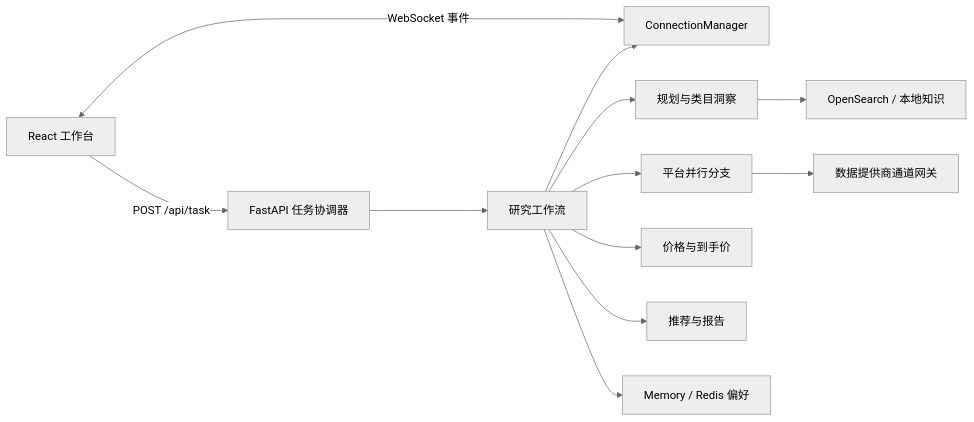
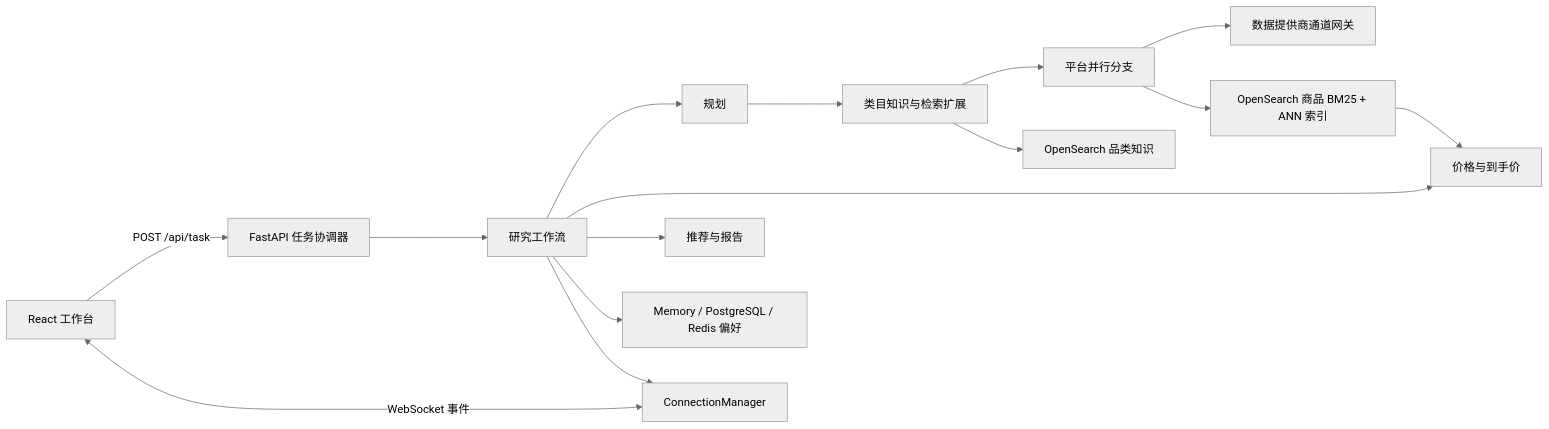
The diagram in README.md (cui282/shopping-agent), drawn with Mermaid (neutral theme) before and after one commit. The commit also changed other lines of this file and 86 other files, not shown here.

````diff
--- a/README.md
+++ b/README.md
@@ -27,14 +40,17 @@
 ```mermaid
 flowchart LR
     UI["React 工作台"] -->|"POST /api/task"| API["FastAPI 任务协调器"]
     UI <-->|"WebSocket 事件"| WS["ConnectionManager"]
     API --> LOOP["研究工作流"]
-    LOOP --> PLAN["规划与类目洞察"]
-    LOOP --> BRANCH["平台并行分支"]
+    LOOP --> PLAN["规划"]
+    PLAN --> CATEGORY["类目知识与检索扩展"]
+    CATEGORY --> BRANCH["平台并行分支"]
     BRANCH --> GATEWAYS["数据提供商通道网关"]
     LOOP --> COST["价格与到手价"]
     LOOP --> REPORT["推荐与报告"]
-    LOOP --> STORE["Memory / Redis 偏好"]
-    PLAN --> SEARCH["OpenSearch / 本地知识"]
+    LOOP --> STORE["Memory / PostgreSQL / Redis 偏好"]
+    CATEGORY --> SEARCH["OpenSearch 品类知识"]
+    BRANCH --> PRODUCTS["OpenSearch 商品 BM25 + ANN 索引"]
+    PRODUCTS --> COST["价格与到手价"]
     LOOP --> WS
 ```
````
